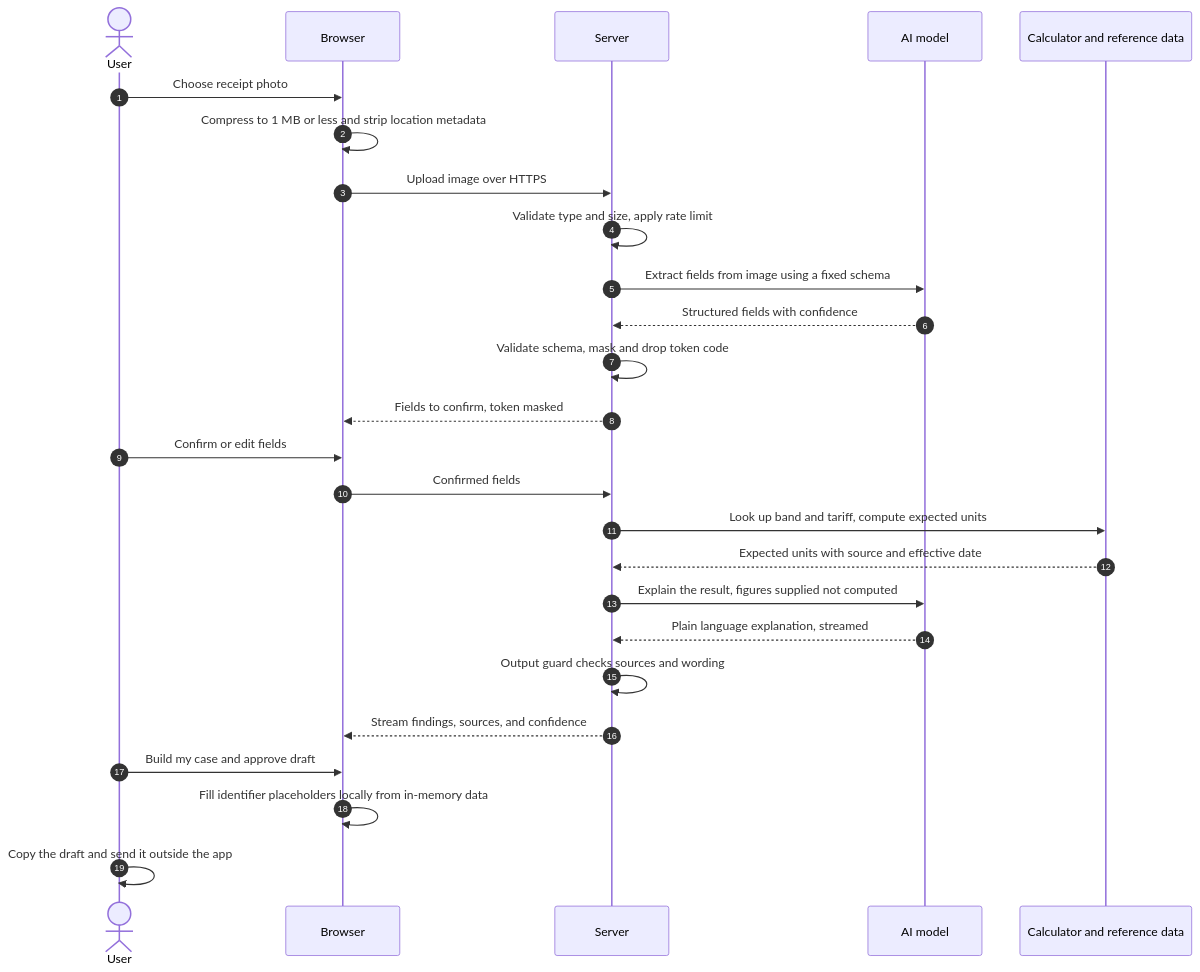
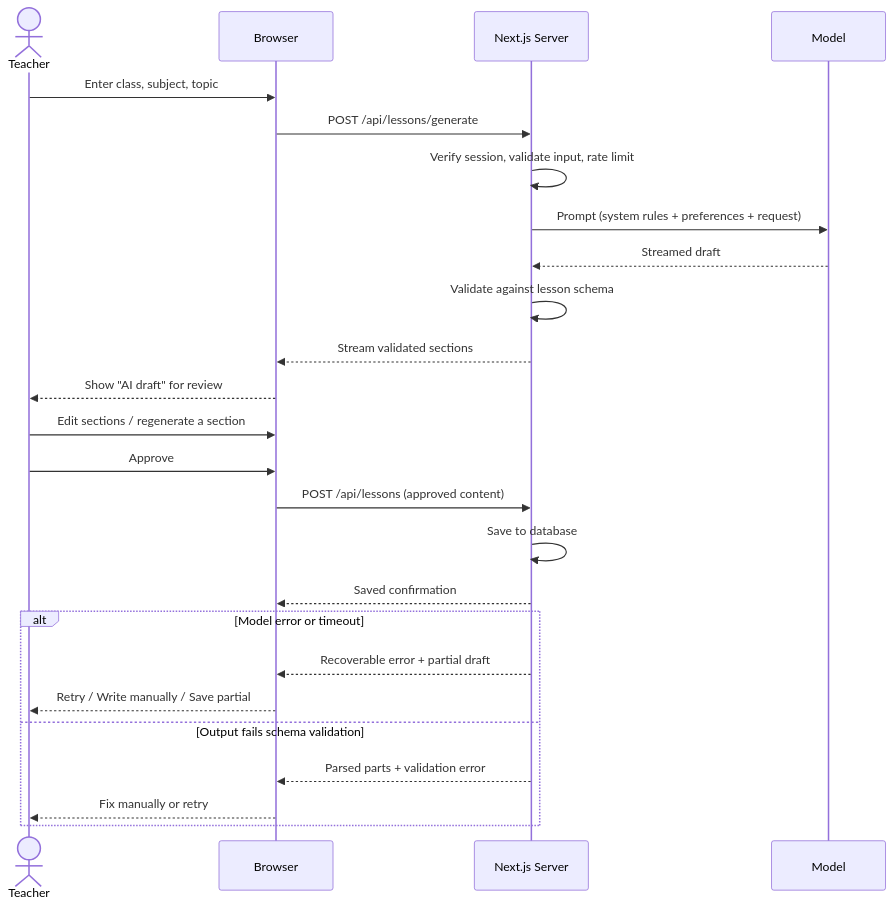
One commit to Akanimo-Umoh/teachkit changed the second of 3 diagrams in docs/02-system-boundary-diagram.md. Above: the diagram before and after it, drawn with Mermaid. The commit also changed other lines of this file and 3 other files, not shown here.

````diff
--- a/docs/02-system-boundary-diagram.md
+++ b/docs/02-system-boundary-diagram.md
@@ -125,29 +62,29 @@
 ```mermaid
 sequenceDiagram
-  autonumber
-  actor U as User
+  actor T as Teacher
   participant B as Browser
-  participant S as Server
-  participant M as AI model
-  participant T as Calculator and reference data
+  participant S as Next.js Server
+  participant M as Model
 
-  U->>B: Choose receipt photo
-  B->>B: Compress to 1 MB or less and strip location metadata
-  B->>S: Upload image over HTTPS
-  S->>S: Validate type and size, apply rate limit
-  S->>M: Extract fields from image using a fixed schema
-  M-->>S: Structured fields with confidence
-  S->>S: Validate schema, mask and drop token code
-  S-->>B: Fields to confirm, token masked
-  U->>B: Confirm or edit fields
-  B->>S: Confirmed fields
-  S->>T: Look up band and tariff, compute expected units
-  T-->>S: Expected units with source and effective date
-  S->>M: Explain the result, figures supplied not computed
-  M-->>S: Plain language explanation, streamed
-  S->>S: Output guard checks sources and wording
-  S-->>B: Stream findings, sources, and confidence
-  U->>B: Build my case and approve draft
-  B->>B: Fill identifier placeholders locally from in-memory data
-  U->>U: Copy the draft and send it outside the app
+  T->>B: Enter class, subject, topic
+  B->>S: POST /api/lessons/generate
+  S->>S: Verify session, validate input, rate limit
+  S->>M: Prompt (system rules + preferences + request)
+  M-->>S: Streamed draft
+  S->>S: Validate against lesson schema
+  S-->>B: Stream validated sections
+  B-->>T: Show "AI draft" for review
+  T->>B: Edit sections / regenerate a section
+  T->>B: Approve
+  B->>S: POST /api/lessons (approved content)
+  S->>S: Save to database
+  S-->>B: Saved confirmation
+
+  alt Model error or timeout
+    S-->>B: Recoverable error + partial draft
+    B-->>T: Retry / Write manually / Save partial
+  else Output fails schema validation
+    S-->>B: Parsed parts + validation error
+    B-->>T: Fix manually or retry
+  end
 ```
````
